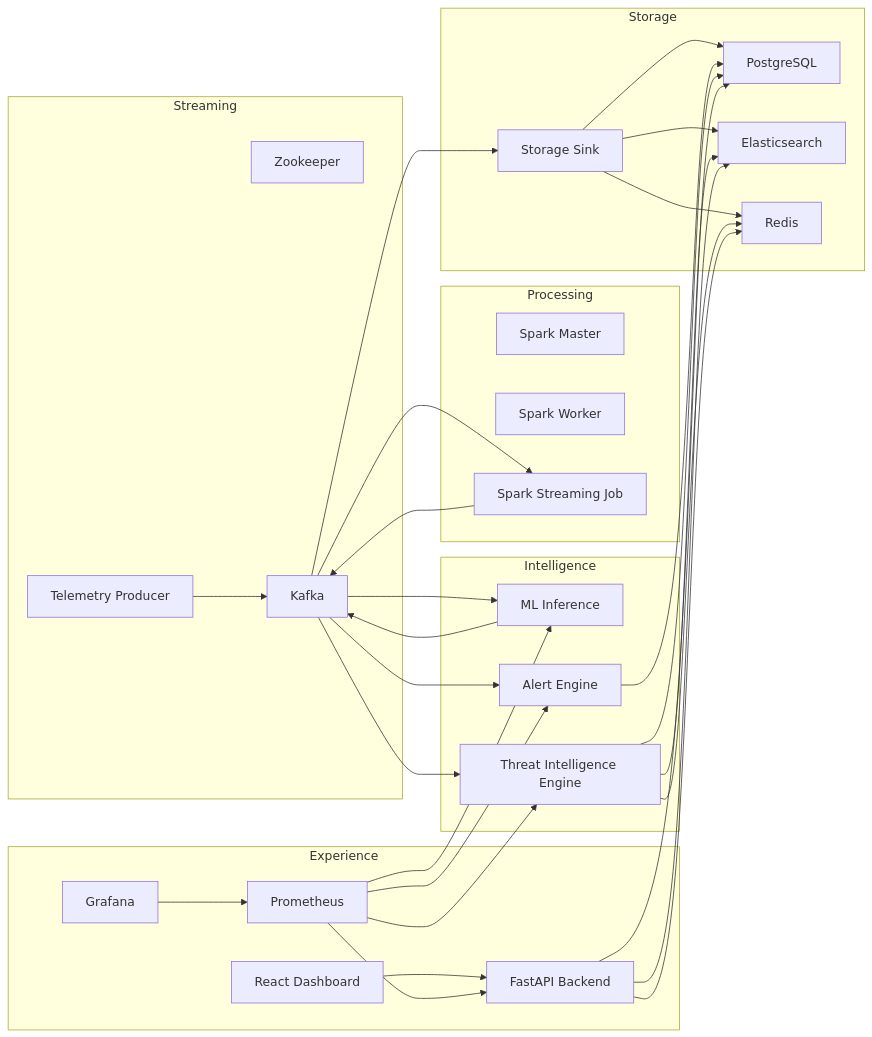
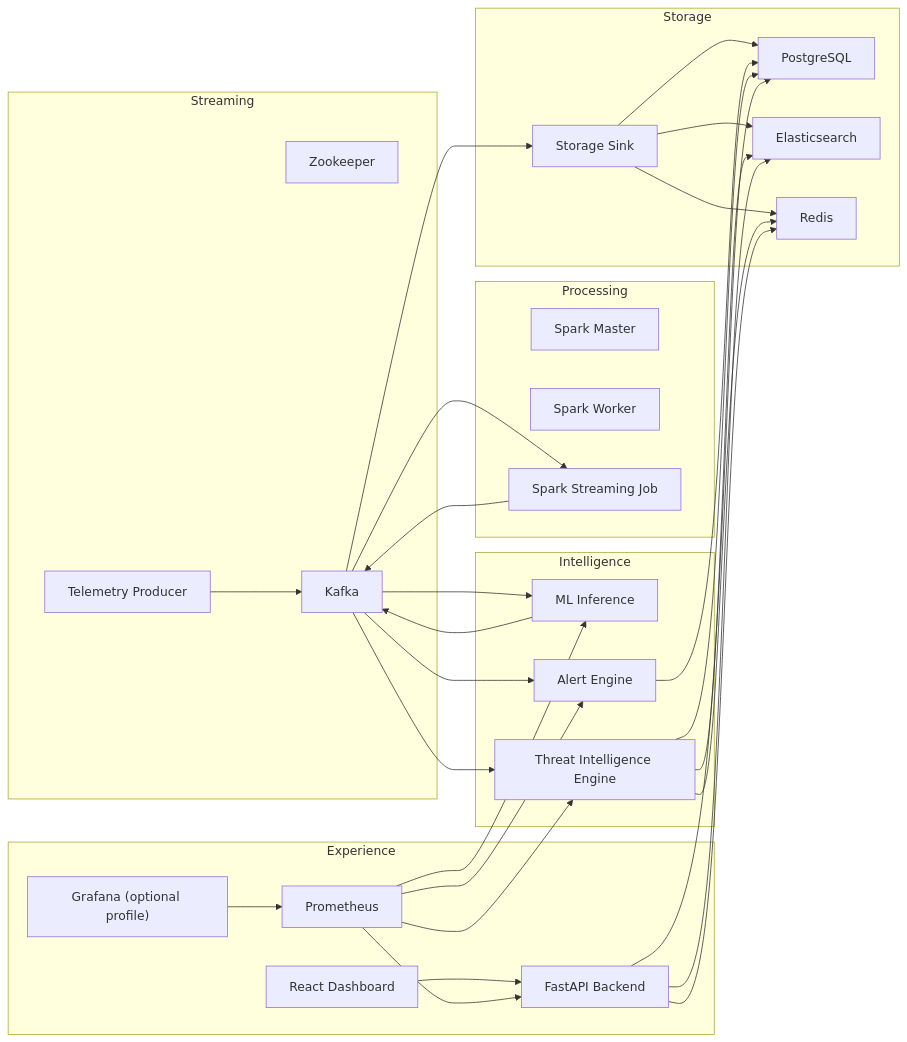
The second of 7 diagrams in docs/architecture.md (Jay-2522/Real-Time-Analytics-System), drawn with Mermaid before and after one commit. The commit also changed other lines of this file and 8 other files, not shown here.

Commit message:
refactor: make Grafana an optional dashboard profile

````diff
--- a/docs/architecture.md
+++ b/docs/architecture.md
@@ -26,54 +26,54 @@
 ```mermaid
 flowchart LR
     subgraph Streaming
         Z["Zookeeper"]
         K["Kafka"]
         P["Telemetry Producer"]
     end
     subgraph Processing
         SM["Spark Master"]
         SW["Spark Worker"]
         SJ["Spark Streaming Job"]
     end
     subgraph Intelligence
         ML["ML Inference"]
         AE["Alert Engine"]
         TI["Threat Intelligence Engine"]
     end
     subgraph Storage
         PG["PostgreSQL"]
         ES["Elasticsearch"]
         R["Redis"]
         SS["Storage Sink"]
     end
     subgraph Experience
         API["FastAPI Backend"]
         UI["React Dashboard"]
         PR["Prometheus"]
-        GF["Grafana"]
+        GF["Grafana (optional profile)"]
     end
     P --> K
     K --> SJ
     SJ --> K
     K --> ML
     ML --> K
     K --> AE
     K --> TI
     K --> SS
     SS --> PG
     SS --> ES
     SS --> R
     AE --> PG
     TI --> PG
     TI --> ES
     TI --> R
     API --> PG
     API --> ES
     API --> R
     UI --> API
     PR --> API
     PR --> ML
     PR --> AE
     PR --> TI
     GF --> PR
 ```
````
